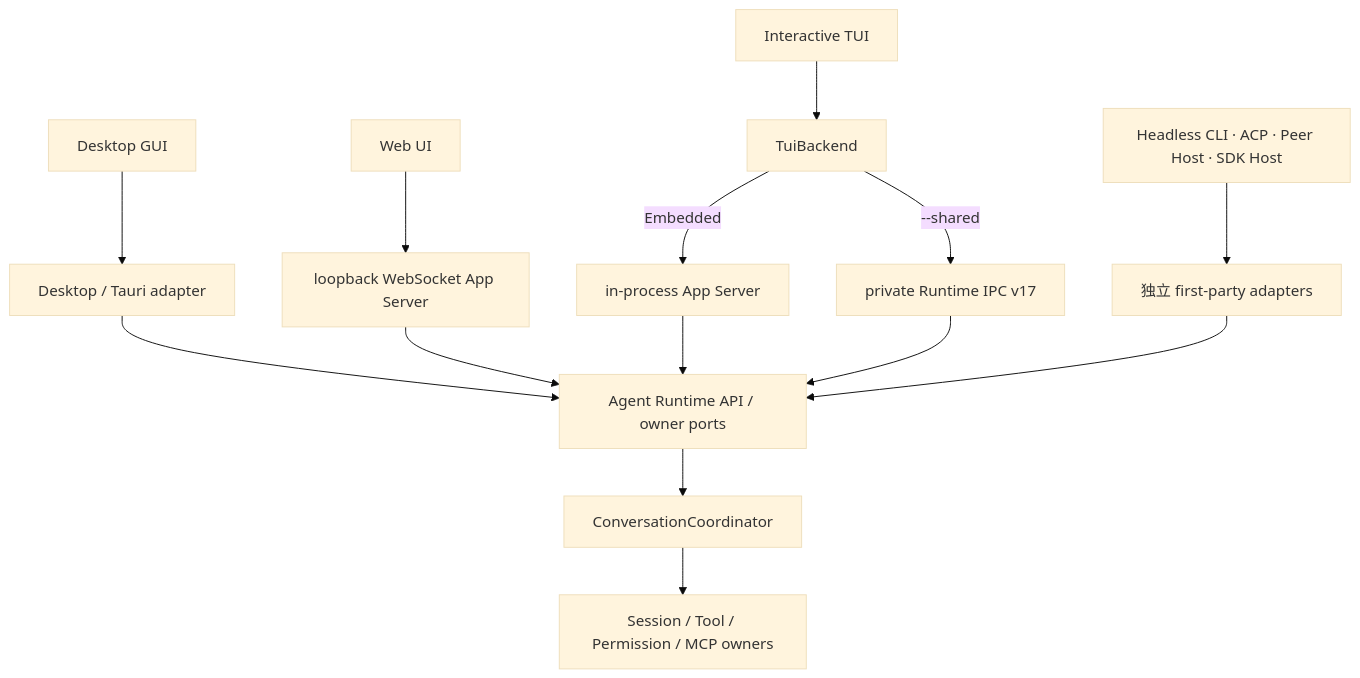
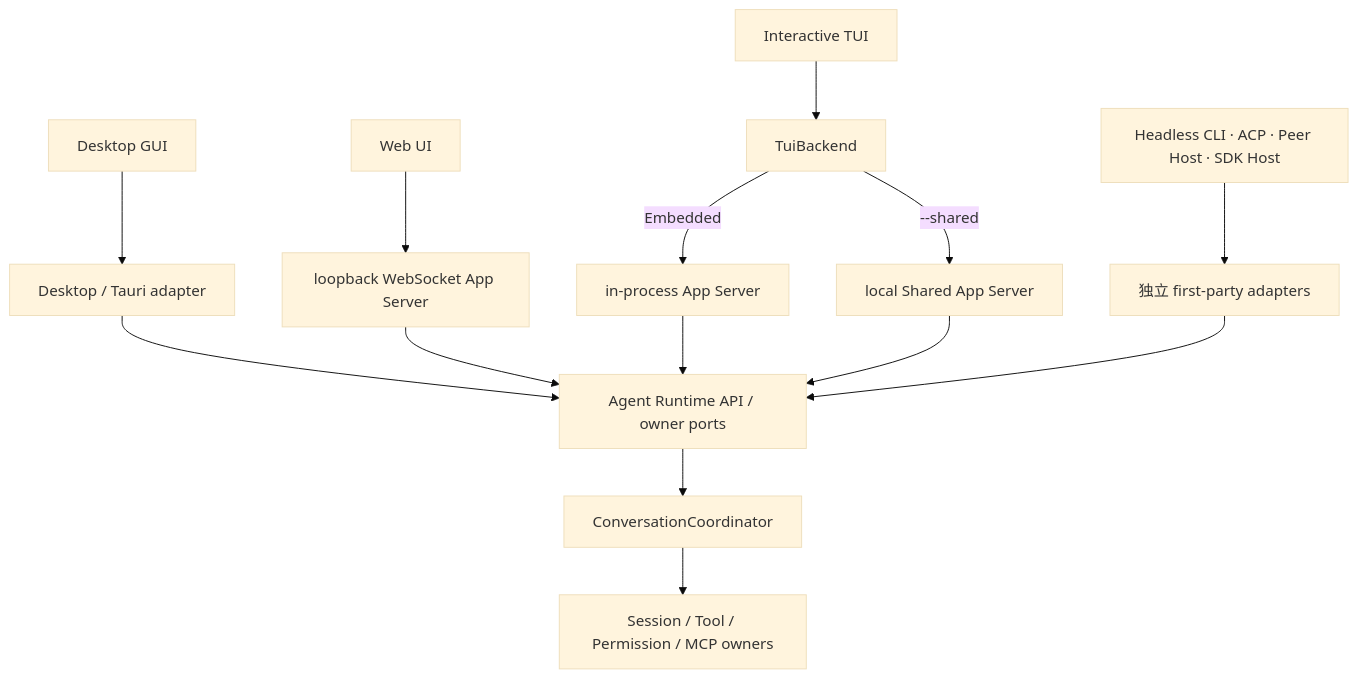
One commit to GCWing/BitFun changed the first of 15 diagrams in docs/architecture/agent-runtime-deployment-design.md. Above: the diagram before and after it, drawn with Mermaid (base theme). The commit also changed other lines of this file and 87 other files, not shown here.

Commit message:
feat(app-server): add sharedv2 command

````diff
--- a/docs/architecture/agent-runtime-deployment-design.md
+++ b/docs/architecture/agent-runtime-deployment-design.md
@@ -17,16 +17,16 @@
 ```mermaid
 flowchart TB
   Desktop["Desktop GUI"] --> DesktopAdapter["Desktop / Tauri adapter"]
   Web["Web UI"] --> WebAS["loopback WebSocket App Server"]
   TUI["Interactive TUI"] --> Backend["TuiBackend"]
   Backend -->|"Embedded"| EmbeddedAS["in-process App Server"]
-  Backend -->|"--shared"| SharedIPC["private Runtime IPC v17"]
+  Backend -->|"--shared"| SharedAS["local Shared App Server"]
   Other["Headless CLI · ACP · Peer Host · SDK Host"] --> Adapter["独立 first-party adapters"]
   DesktopAdapter --> API["Agent Runtime API / owner ports"]
   WebAS --> API
   EmbeddedAS --> API
-  SharedIPC --> API
+  SharedAS --> API
   Adapter --> API
   API --> Coordinator["ConversationCoordinator"]
   Coordinator --> Owners["Session / Tool / Permission / MCP owners"]
 ```
````
